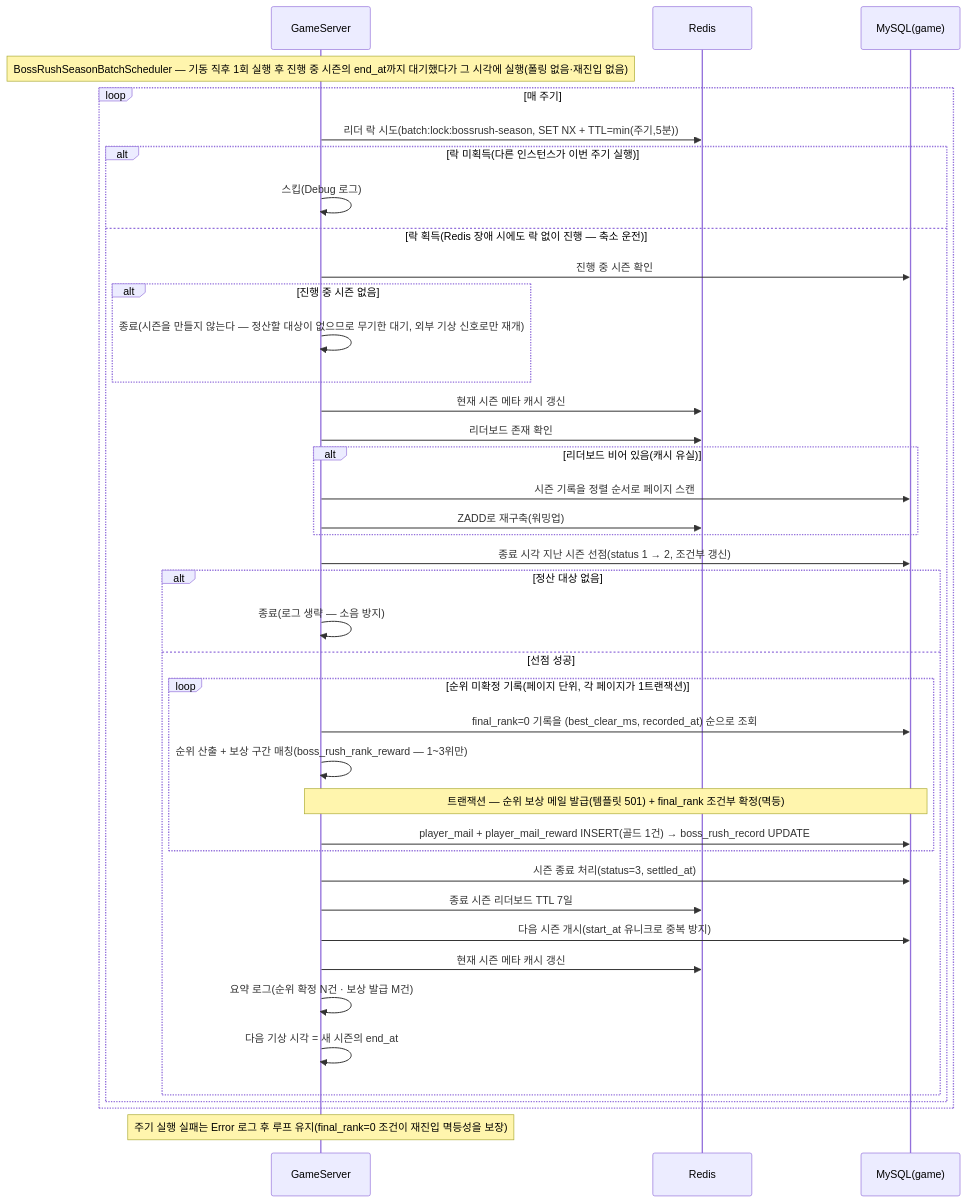
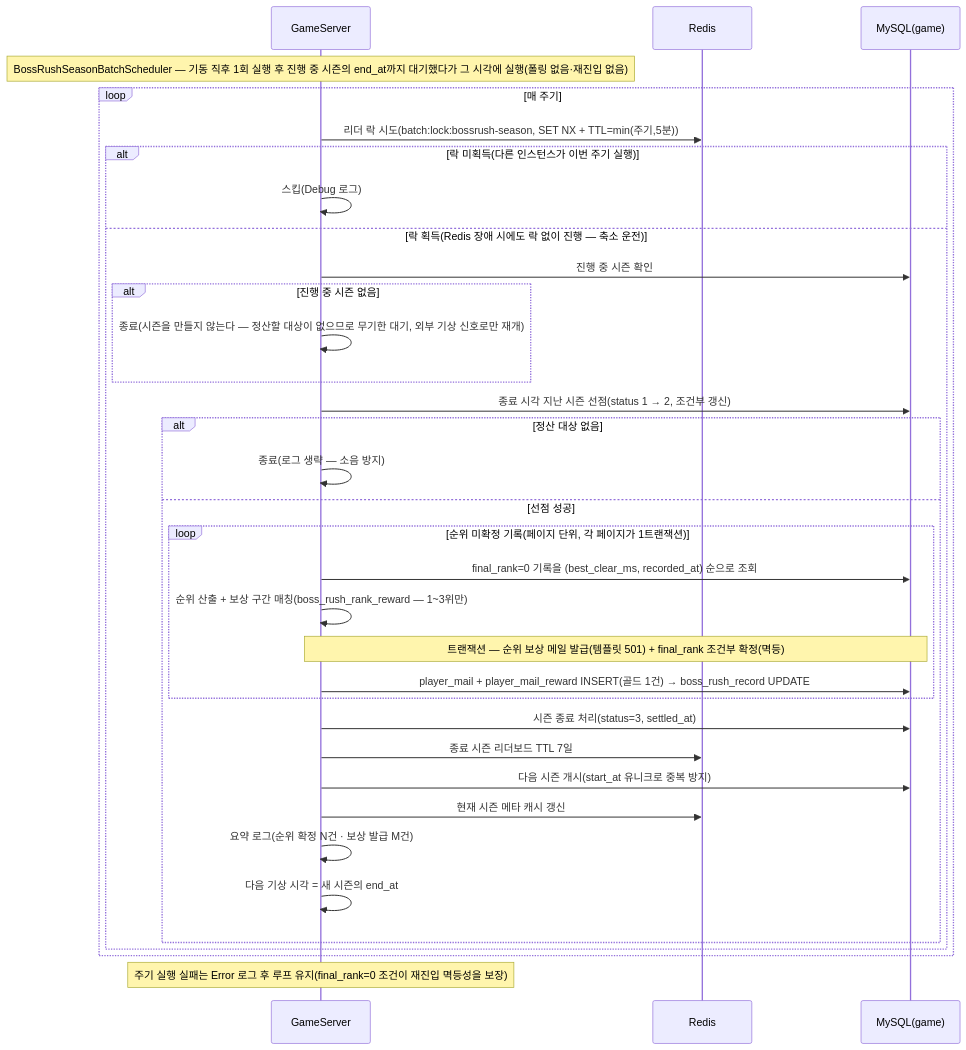
Diagram 48 of 48 in SequenceDiagram/README.md (ks-wook/com2us-taskbar-hero), drawn with Mermaid before and after one commit. The commit also changed other lines of this file and 17 other files, not shown here.

````diff
--- a/SequenceDiagram/README.md
+++ b/SequenceDiagram/README.md
@@ -1538,43 +1595,37 @@
 ```mermaid
 sequenceDiagram
     participant S as GameServer
     participant R as Redis
     participant DB as MySQL(game)
 
     Note over S: BossRushSeasonBatchScheduler — 기동 직후 1회 실행 후 진행 중 시즌의 end_at까지 대기했다가 그 시각에 실행(폴링 없음·재진입 없음)
     loop 매 주기
         S->>R: 리더 락 시도(batch:lock:bossrush-season, SET NX + TTL=min(주기,5분))
         alt 락 미획득(다른 인스턴스가 이번 주기 실행)
             S->>S: 스킵(Debug 로그)
         else 락 획득(Redis 장애 시에도 락 없이 진행 — 축소 운전)
             S->>DB: 진행 중 시즌 확인
             alt 진행 중 시즌 없음
                 S->>S: 종료(시즌을 만들지 않는다 — 정산할 대상이 없으므로 무기한 대기, 외부 기상 신호로만 재개)
-            end
-            S->>R: 현재 시즌 메타 캐시 갱신
-            S->>R: 리더보드 존재 확인
-            alt 리더보드 비어 있음(캐시 유실)
-                S->>DB: 시즌 기록을 정렬 순서로 페이지 스캔
-                S->>R: ZADD로 재구축(워밍업)
             end
             S->>DB: 종료 시각 지난 시즌 선점(status 1 → 2, 조건부 갱신)
             alt 정산 대상 없음
                 S->>S: 종료(로그 생략 — 소음 방지)
             else 선점 성공
                 loop 순위 미확정 기록(페이지 단위, 각 페이지가 1트랜잭션)
                     S->>DB: final_rank=0 기록을 (best_clear_ms, recorded_at) 순으로 조회
                     S->>S: 순위 산출 + 보상 구간 매칭(boss_rush_rank_reward — 1~3위만)
                     Note over S,DB: 트랜잭션 — 순위 보상 메일 발급(템플릿 501) + final_rank 조건부 확정(멱등)
                     S->>DB: player_mail + player_mail_reward INSERT(골드 1건) → boss_rush_record UPDATE
                 end
                 S->>DB: 시즌 종료 처리(status=3, settled_at)
                 S->>R: 종료 시즌 리더보드 TTL 7일
                 S->>DB: 다음 시즌 개시(start_at 유니크로 중복 방지)
                 S->>R: 현재 시즌 메타 캐시 갱신
                 S->>S: 요약 로그(순위 확정 N건 · 보상 발급 M건)
                 S->>S: 다음 기상 시각 = 새 시즌의 end_at
             end
         end
     end
     Note over S: 주기 실행 실패는 Error 로그 후 루프 유지(final_rank=0 조건이 재진입 멱등성을 보장)
 ```
````
